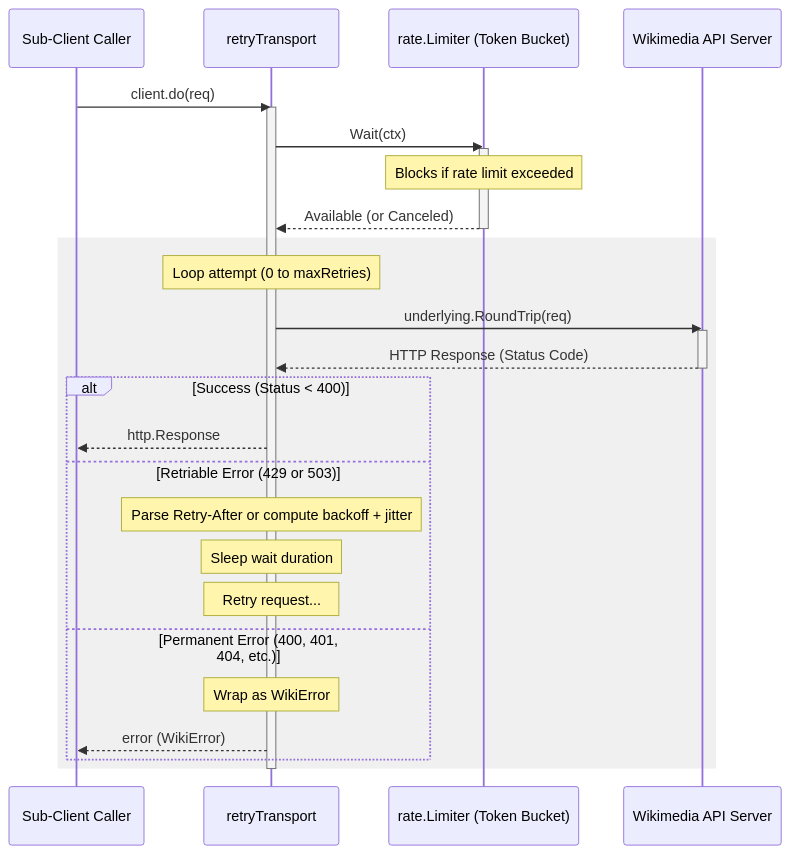
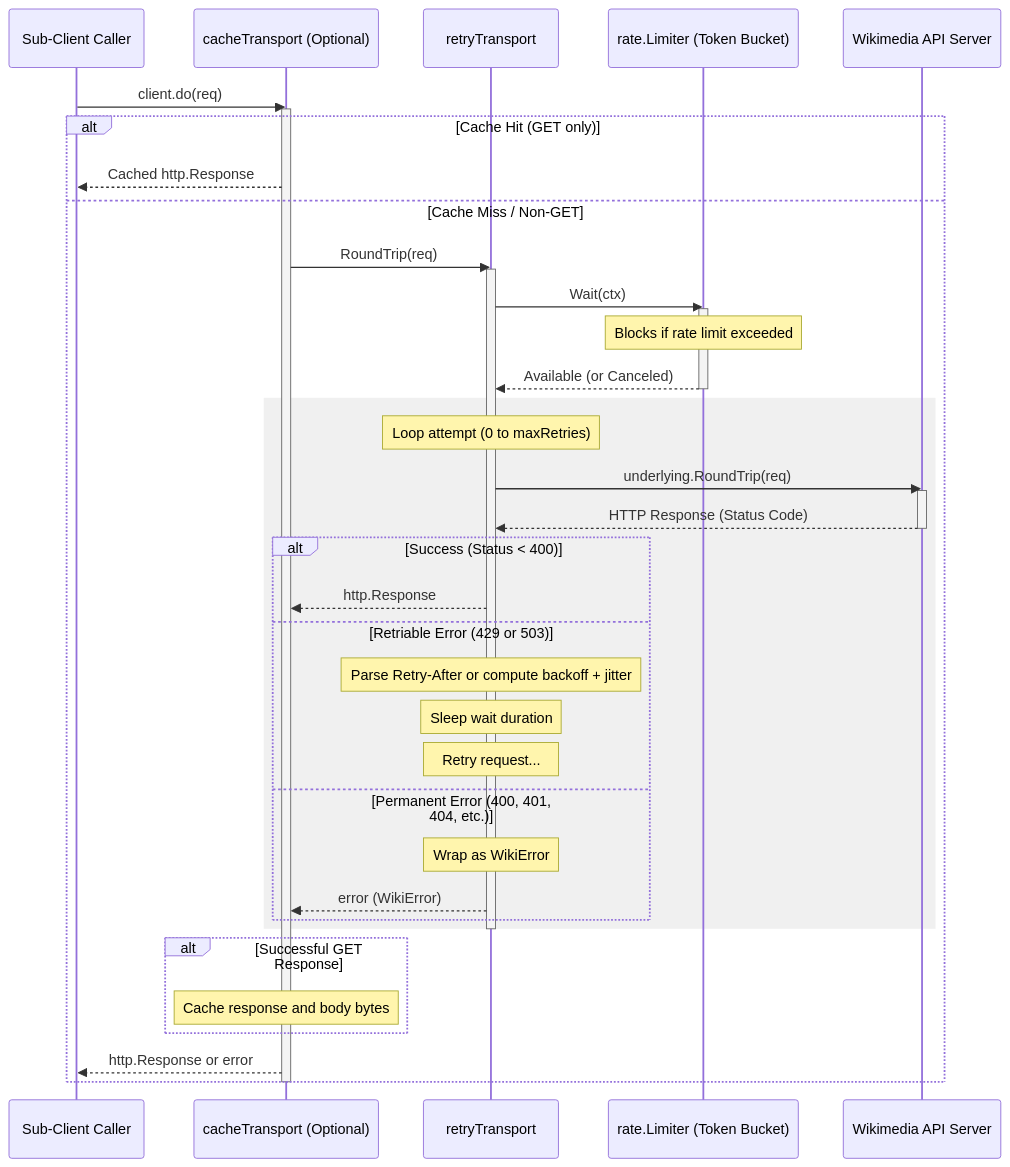
One commit to saluja-ji/wikigo changed the second of 2 diagrams in detailed_documentation.md. Above: the diagram before and after it, drawn with Mermaid. The commit also changed other lines of this file and 5 other files, not shown here.

Commit message:
Implement in-memory cacheTransport and WithCache functional option

````diff
--- a/detailed_documentation.md
+++ b/detailed_documentation.md
@@ -69,35 +77,47 @@
 ```mermaid
 sequenceDiagram
     participant Caller as Sub-Client Caller
+    participant Cache as cacheTransport (Optional)
     participant Transport as retryTransport
     participant Limiter as rate.Limiter (Token Bucket)
     participant Server as Wikimedia API Server
 
-    Caller->>Transport: client.do(req)
-    activate Transport
-    Transport->>Limiter: Wait(ctx)
-    activate Limiter
-    Note over Limiter: Blocks if rate limit exceeded
-    Limiter-->>Transport: Available (or Canceled)
-    deactivate Limiter
-    
-    rect rgb(240, 240, 240)
-        Note over Transport: Loop attempt (0 to maxRetries)
-        Transport->>Server: underlying.RoundTrip(req)
-        activate Server
-        Server-->>Transport: HTTP Response (Status Code)
-        deactivate Server
+    Caller->>Cache: client.do(req)
+    activate Cache
+    alt Cache Hit (GET only)
+        Cache-->>Caller: Cached http.Response
+    else Cache Miss / Non-GET
+        Cache->>Transport: RoundTrip(req)
+        activate Transport
+        Transport->>Limiter: Wait(ctx)
+        activate Limiter
+        Note over Limiter: Blocks if rate limit exceeded
+        Limiter-->>Transport: Available (or Canceled)
+        deactivate Limiter
         
-        alt Success (Status < 400)
-            Transport-->>Caller: http.Response
-        else Retriable Error (429 or 503)
-            Note over Transport: Parse Retry-After or compute backoff + jitter
-            Note over Transport: Sleep wait duration
-            Note over Transport: Retry request...
-        else Permanent Error (400, 401, 404, etc.)
-            Note over Transport: Wrap as WikiError
-            Transport-->>Caller: error (WikiError)
+        rect rgb(240, 240, 240)
+            Note over Transport: Loop attempt (0 to maxRetries)
+            Transport->>Server: underlying.RoundTrip(req)
+            activate Server
+            Server-->>Transport: HTTP Response (Status Code)
+            deactivate Server
+            
+            alt Success (Status < 400)
+                Transport-->>Cache: http.Response
+            else Retriable Error (429 or 503)
+                Note over Transport: Parse Retry-After or compute backoff + jitter
+                Note over Transport: Sleep wait duration
+                Note over Transport: Retry request...
+            else Permanent Error (400, 401, 404, etc.)
+                Note over Transport: Wrap as WikiError
+                Transport-->>Cache: error (WikiError)
+            end
         end
+        deactivate Transport
+        alt Successful GET Response
+            Note over Cache: Cache response and body bytes
+        end
+        Cache-->>Caller: http.Response or error
     end
-    deactivate Transport
+    deactivate Cache
 ```
````
